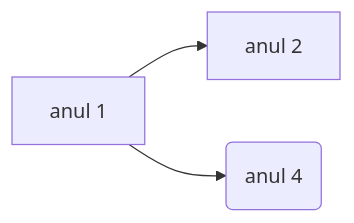
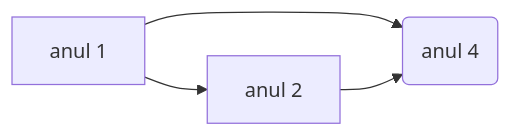
The diagram in mermaid.md (Andu2005/Andrei-Toader.github.io), drawn with Mermaid before and after one commit.

````diff
--- a/mermaid.md
+++ b/mermaid.md
@@ -3,5 +3,6 @@
 ```mermaid
 flowchart LR
 A[anul 1] --> B[anul 2]
 A --> C(anul 4)
+B --> C
 ```
````
